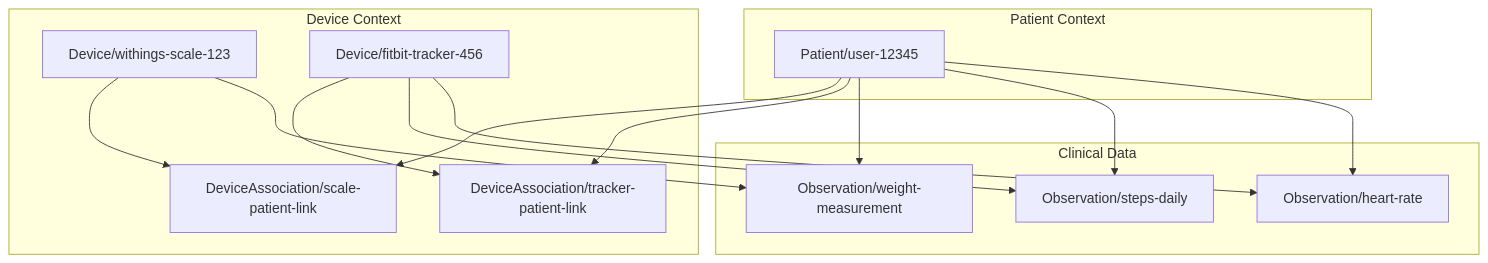
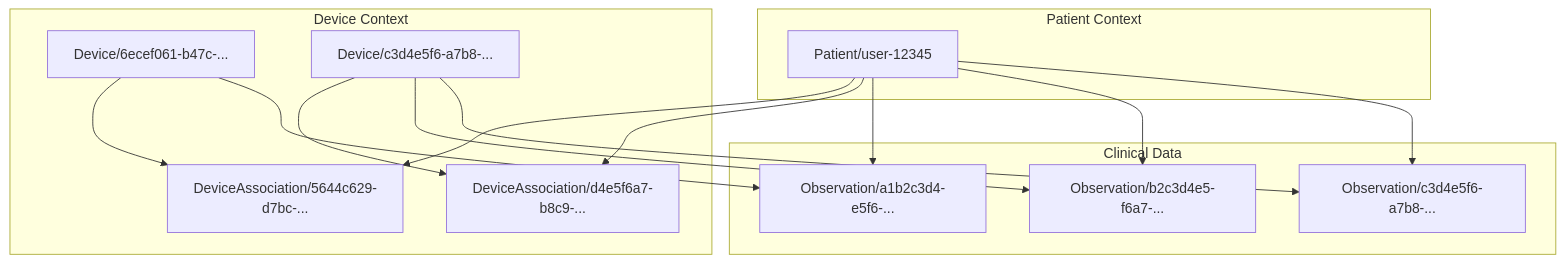
Before and after one commit to avimedical/Open-Health-Exchange: the seventh of 8 diagrams in docs/fhir-mappings.md, drawn with Mermaid. The commit also changed other lines of this file and 77 other files, not shown here.

````diff
--- a/docs/fhir-mappings.md
+++ b/docs/fhir-mappings.md
@@ -591,30 +602,30 @@
 ```mermaid
 graph TB
     subgraph "Patient Context"
         PAT[Patient/user-12345]
     end
 
     subgraph "Device Context"
-        DEV1[Device/withings-scale-123]
-        DEV2[Device/fitbit-tracker-456]
-        DA1[DeviceAssociation/scale-patient-link]
-        DA2[DeviceAssociation/tracker-patient-link]
+        DEV1[Device/6ecef061-b47c-...]
+        DEV2[Device/c3d4e5f6-a7b8-...]
+        DA1[DeviceAssociation/5644c629-d7bc-...]
+        DA2[DeviceAssociation/d4e5f6a7-b8c9-...]
     end
 
     subgraph "Clinical Data"
-        OBS1[Observation/weight-measurement]
-        OBS2[Observation/steps-daily]
-        OBS3[Observation/heart-rate]
+        OBS1[Observation/a1b2c3d4-e5f6-...]
+        OBS2[Observation/b2c3d4e5-f6a7-...]
+        OBS3[Observation/c3d4e5f6-a7b8-...]
     end
 
     PAT --> DA1
     PAT --> DA2
     DEV1 --> DA1
     DEV2 --> DA2
     DEV1 --> OBS1
     DEV2 --> OBS2
     DEV2 --> OBS3
     PAT --> OBS1
     PAT --> OBS2
     PAT --> OBS3
 ```
````
